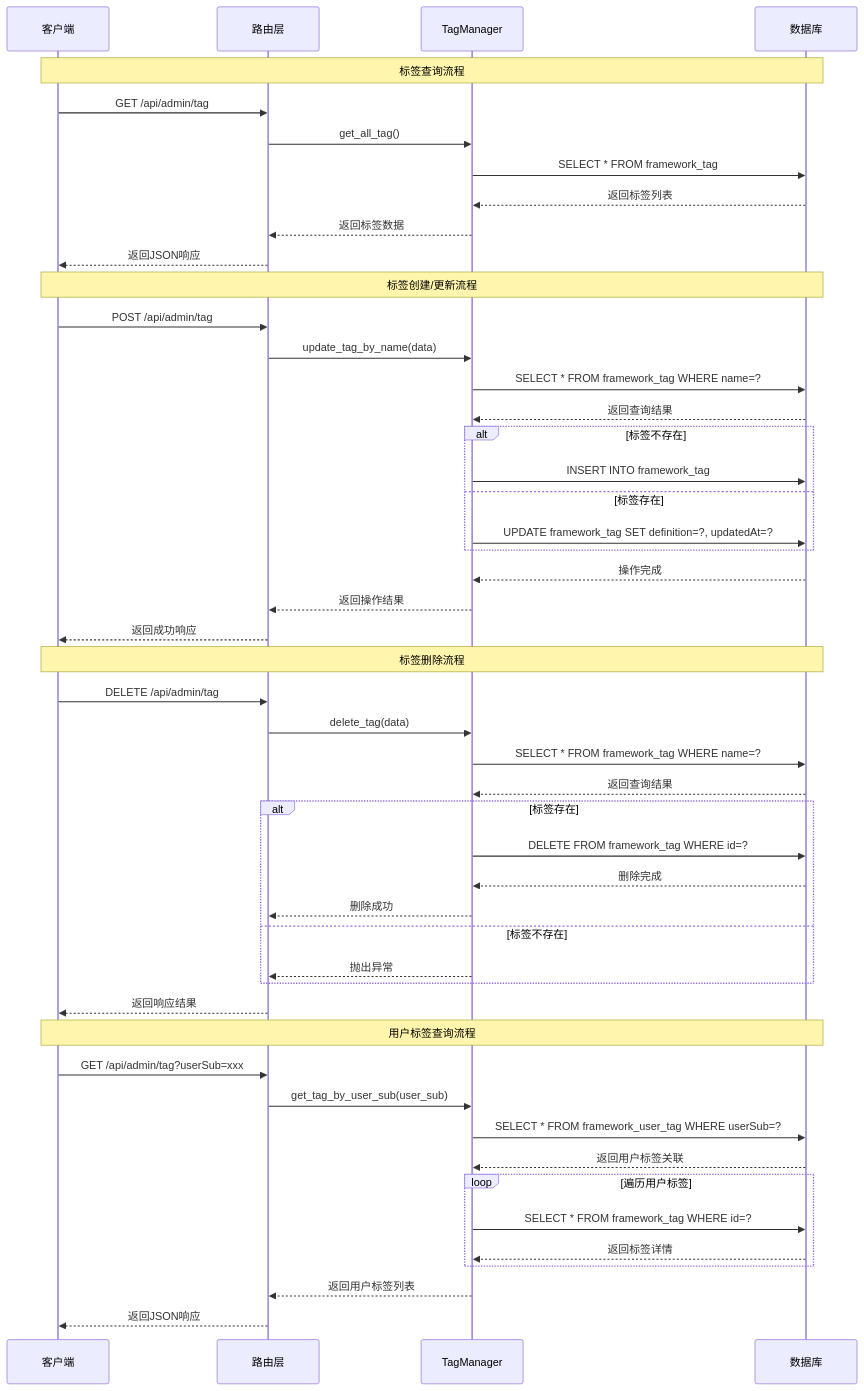
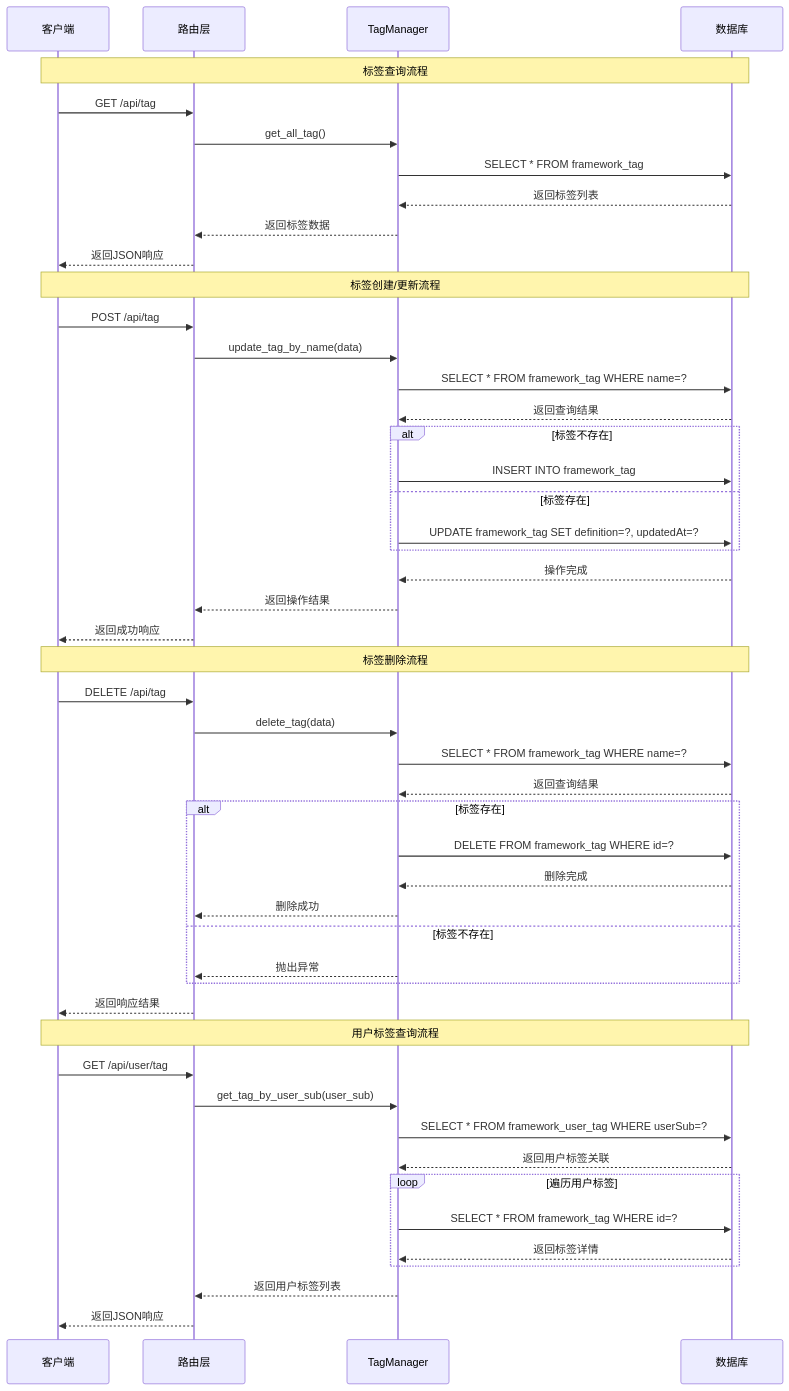
Before and after one commit to HongyuS/euler-copilot-framework: the second of 4 diagrams in design/services/tag.md, drawn with Mermaid. The commit also changed other lines of this file and 60 other files, not shown here.

````diff
--- a/design/services/tag.md
+++ b/design/services/tag.md
@@ -75,55 +96,55 @@
 ```mermaid
 sequenceDiagram
     participant Client as 客户端
     participant Router as 路由层
     participant Service as TagManager
     participant DB as 数据库
 
     Note over Client, DB: 标签查询流程
-    Client->>Router: GET /api/admin/tag
+    Client->>Router: GET /api/tag
     Router->>Service: get_all_tag()
     Service->>DB: SELECT * FROM framework_tag
     DB-->>Service: 返回标签列表
     Service-->>Router: 返回标签数据
     Router-->>Client: 返回JSON响应
 
     Note over Client, DB: 标签创建/更新流程
-    Client->>Router: POST /api/admin/tag
+    Client->>Router: POST /api/tag
     Router->>Service: update_tag_by_name(data)
     Service->>DB: SELECT * FROM framework_tag WHERE name=?
     DB-->>Service: 返回查询结果
     alt 标签不存在
         Service->>DB: INSERT INTO framework_tag
     else 标签存在
         Service->>DB: UPDATE framework_tag SET definition=?, updatedAt=?
     end
     DB-->>Service: 操作完成
     Service-->>Router: 返回操作结果
     Router-->>Client: 返回成功响应
 
     Note over Client, DB: 标签删除流程
-    Client->>Router: DELETE /api/admin/tag
+    Client->>Router: DELETE /api/tag
     Router->>Service: delete_tag(data)
     Service->>DB: SELECT * FROM framework_tag WHERE name=?
     DB-->>Service: 返回查询结果
     alt 标签存在
         Service->>DB: DELETE FROM framework_tag WHERE id=?
         DB-->>Service: 删除完成
         Service-->>Router: 删除成功
     else 标签不存在
         Service-->>Router: 抛出异常
     end
     Router-->>Client: 返回响应结果
 
     Note over Client, DB: 用户标签查询流程
-    Client->>Router: GET /api/admin/tag?userSub=xxx
+    Client->>Router: GET /api/user/tag
     Router->>Service: get_tag_by_user_sub(user_sub)
     Service->>DB: SELECT * FROM framework_user_tag WHERE userSub=?
     DB-->>Service: 返回用户标签关联
     loop 遍历用户标签
         Service->>DB: SELECT * FROM framework_tag WHERE id=?
         DB-->>Service: 返回标签详情
     end
     Service-->>Router: 返回用户标签列表
     Router-->>Client: 返回JSON响应
 ```
````
